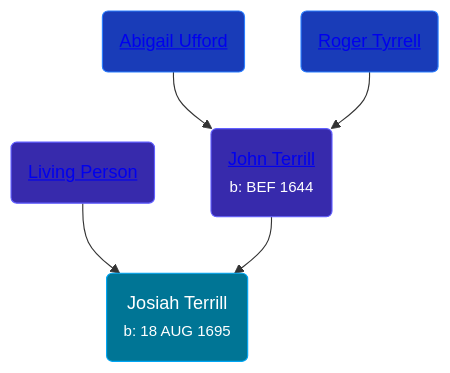
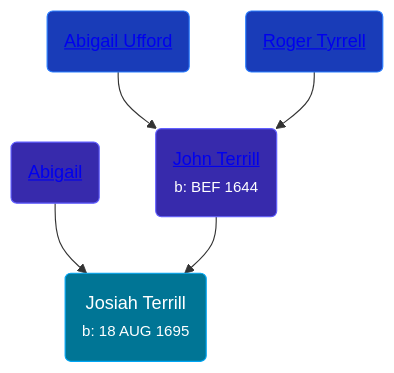
The diagram in pages/people/8/80183041.md (wpmgotkh/wpmgotkh.github.io), drawn with Mermaid before and after one commit. The commit also changed other lines of this file and 586 other files, not shown here.

Commit message:
feat: better shouldConsiderPersonLiving algo

````diff
--- a/pages/people/8/80183041.md
+++ b/pages/people/8/80183041.md
@@ -11,11 +11,11 @@
 ```mermaid
 graph
 classDef grands fill:#193cb8,stroke:#2b7fff,stroke-width:1px,color:#fff;
 classDef parents fill:#372aac,stroke:#615fff,stroke-width:1px,color:#fff;
 classDef primary fill:#007595,stroke:#00a6f4,stroke-width:1px,color:#fff;
 80183041(Josiah Terrill<br /><small>b: 18 AUG 1695</small>):::primary
-48582652(<a class="text-white" href="/people/4/48582652">Living Person</a>):::parents-->80183041
+48582652(<a class="text-white" href="/people/4/48582652">Abigail </a>):::parents-->80183041
 65221157(<a class="text-white" href="/people/6/65221157">John Terrill</a><br /><small>b: BEF 1644</small>):::parents-->80183041
 99473444(<a class="text-white" href="/people/9/99473444">Abigail Ufford</a>):::grands-->65221157
 2108514(<a class="text-white" href="/people/2/2108514">Roger Tyrrell</a>):::grands-->65221157
 ```
````
